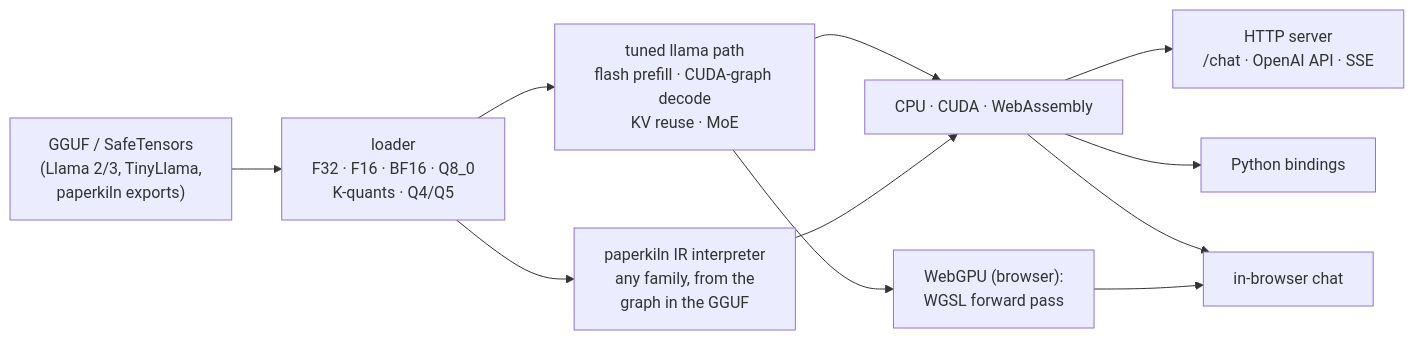
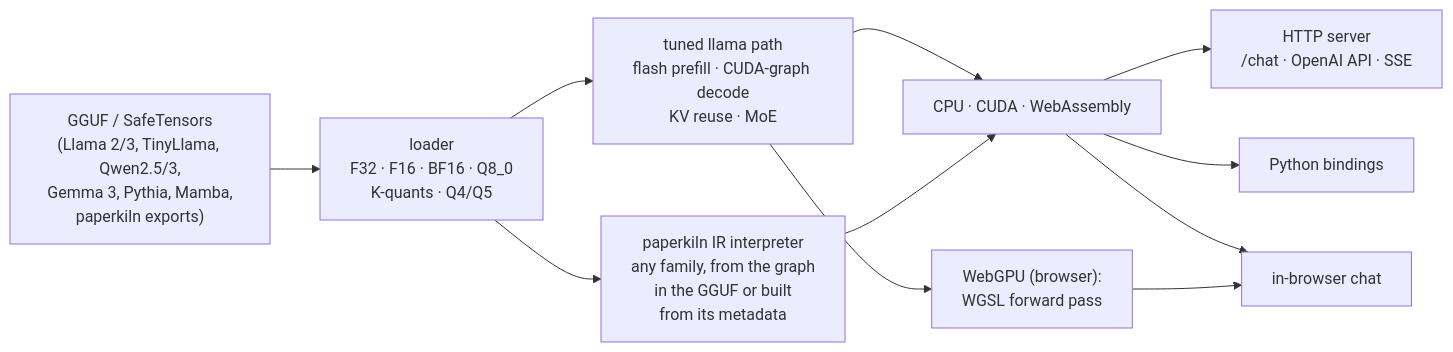
The first of 2 diagrams in README.md (JohnnyTeutonic/ember.cpp), drawn with Mermaid before and after one commit. The commit also changed other lines of this file and 4 other files, not shown here.

````diff
--- a/README.md
+++ b/README.md
@@ -14,13 +15,13 @@
 ```mermaid
 flowchart LR
-    A["GGUF / SafeTensors<br/>(Llama 2/3, TinyLlama,<br/>paperkiln exports)"] --> B["loader<br/>F32 · F16 · BF16 · Q8_0<br/>K-quants · Q4/Q5"]
+    A["GGUF / SafeTensors<br/>(Llama 2/3, TinyLlama, Qwen2.5/3,<br/>Gemma 3, Pythia, Mamba,<br/>paperkiln exports)"] --> B["loader<br/>F32 · F16 · BF16 · Q8_0<br/>K-quants · Q4/Q5"]
     B --> C["tuned llama path<br/>flash prefill · CUDA-graph decode<br/>KV reuse · MoE"]
-    B --> D["paperkiln IR interpreter<br/>any family, from the<br/>graph in the GGUF"]
+    B --> D["paperkiln IR interpreter<br/>any family, from the graph<br/>in the GGUF or built<br/>from its metadata"]
     C --> E["CPU · CUDA · WebAssembly"]
     D --> E
     C --> W["WebGPU (browser):<br/>WGSL forward pass"]
     E --> F["HTTP server<br/>/chat · OpenAI API · SSE"]
     E --> G["Python bindings"]
     E --> H["in-browser chat"]
     W --> H
 ```
````
